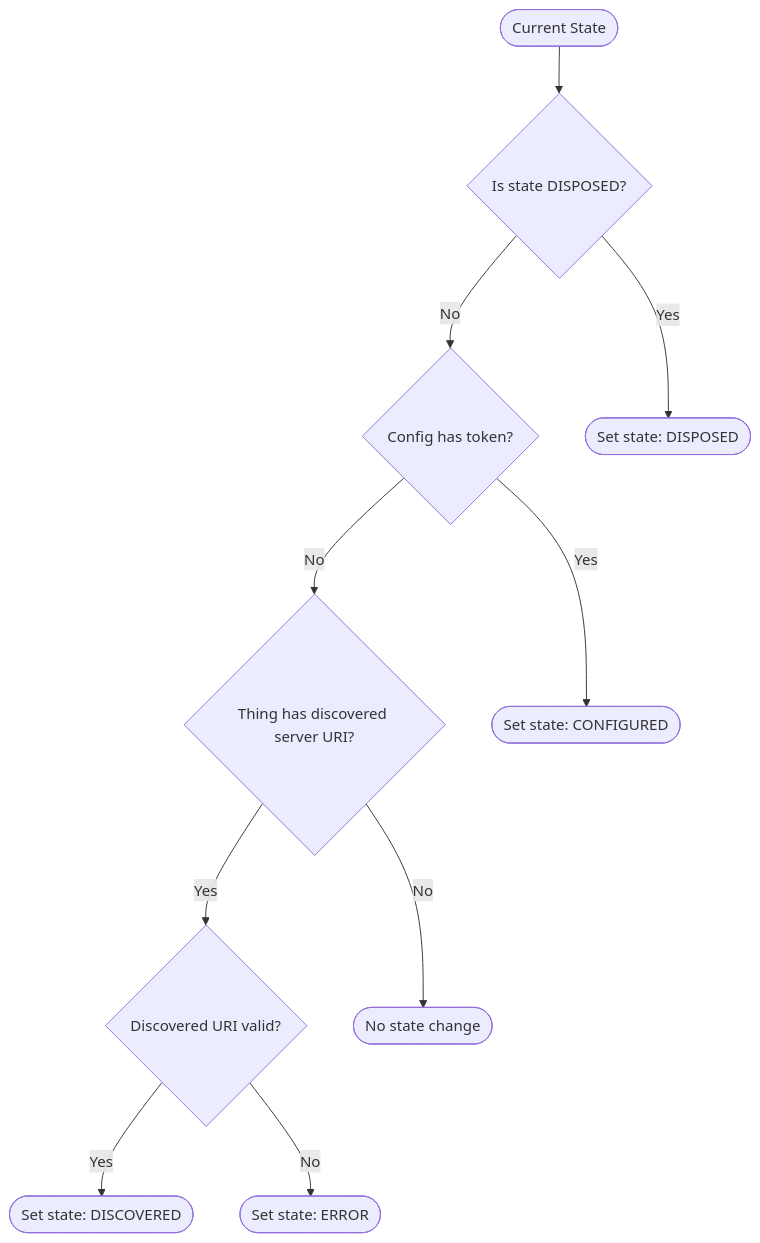
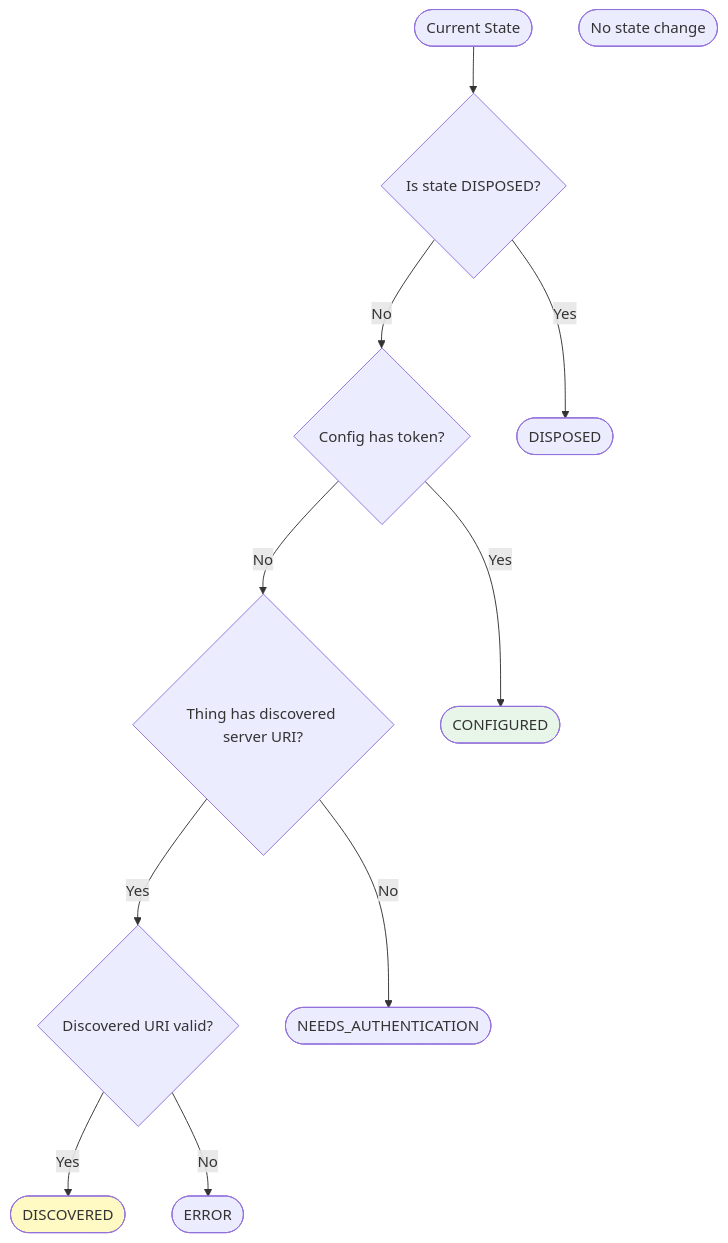
The second of 2 diagrams in bundles/org.openhab.binding.jellyfin/docs/architecture/server-state.md (openhab/openhab-addons), drawn with Mermaid before and after one commit. The commit also changed other lines of this file and 15 other files, not shown here.

````diff
--- a/bundles/org.openhab.binding.jellyfin/docs/architecture/server-state.md
+++ b/bundles/org.openhab.binding.jellyfin/docs/architecture/server-state.md
@@ -28,23 +57,27 @@
 ```mermaid
 flowchart TD
     Start([Current State])
     CheckDisposed{Is state DISPOSED?}
-    CheckConfigured{Config has token?}
+    CheckToken{Config has token?}
     CheckDiscovered{Thing has discovered server URI?}
     CheckUriValid{Discovered URI valid?}
-    SetDisposed([Set state: DISPOSED])
-    SetConfigured([Set state: CONFIGURED])
-    SetDiscovered([Set state: DISCOVERED])
-    SetError([Set state: ERROR])
+    SetDisposed([DISPOSED])
+    SetConfigured([CONFIGURED])
+    SetDiscovered([DISCOVERED])
+    SetNeedsAuth([NEEDS_AUTHENTICATION])
+    SetError([ERROR])
     NoChange([No state change])
 
     Start --> CheckDisposed
     CheckDisposed -- Yes --> SetDisposed
-    CheckDisposed -- No --> CheckConfigured
-    CheckConfigured -- Yes --> SetConfigured
-    CheckConfigured -- No --> CheckDiscovered
-    CheckDiscovered -- No --> NoChange
+    CheckDisposed -- No --> CheckToken
+    CheckToken -- Yes --> SetConfigured
+    CheckToken -- No --> CheckDiscovered
+    CheckDiscovered -- No --> SetNeedsAuth
     CheckDiscovered -- Yes --> CheckUriValid
     CheckUriValid -- Yes --> SetDiscovered
     CheckUriValid -- No --> SetError
+
+    style SetConfigured fill:#e8f5e9
+    style SetDiscovered fill:#fff9c4
 ```
````
